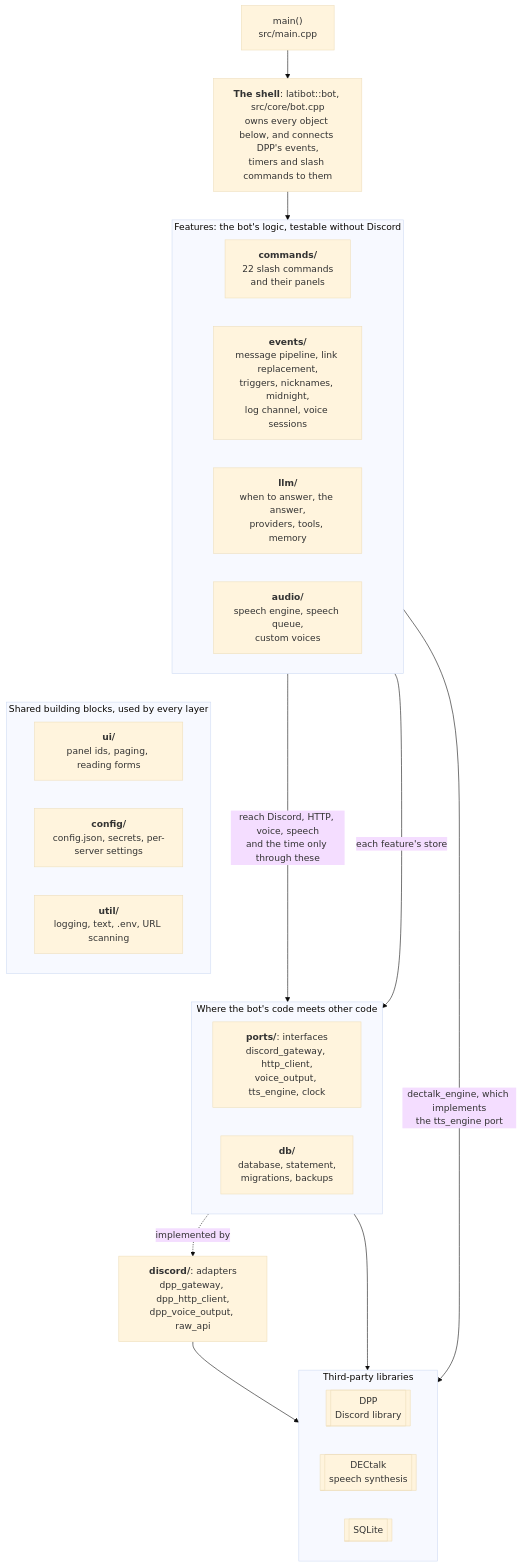
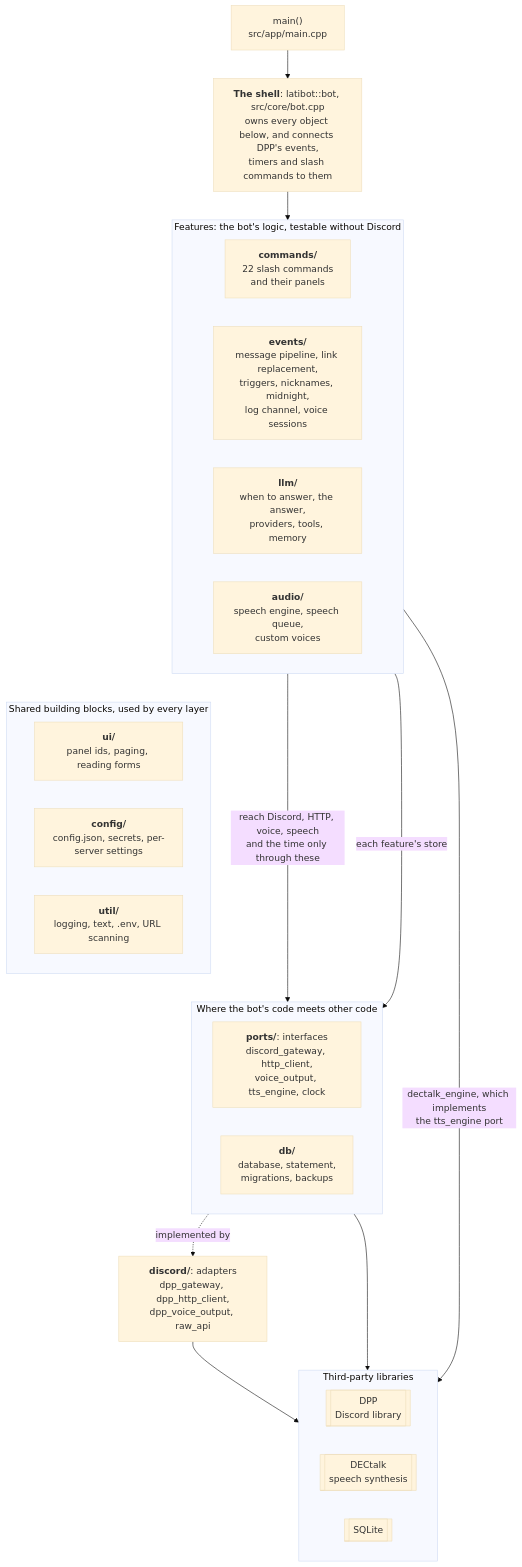
The second of 4 diagrams in docs/architecture/Components.md (mhorn00/LatiBot-cpp), drawn with Mermaid (base theme) before and after one commit. The commit also changed other lines of this file and 34 other files, not shown here.

````diff
--- a/docs/architecture/Components.md
+++ b/docs/architecture/Components.md
@@ -59,46 +60,46 @@
 ```mermaid
 flowchart TB
-    main["main()<br/>src/main.cpp"]
+    main["main()<br/>src/app/main.cpp"]
     shell["<b>The shell</b>: latibot::bot, src/core/bot.cpp<br/>owns every object below, and connects DPP's events,<br/>timers and slash commands to them"]
 
     subgraph features["Features: the bot's logic, testable without Discord"]
         direction LR
         commands["<b>commands/</b><br/>22 slash commands<br/>and their panels"]
         events["<b>events/</b><br/>message pipeline, link replacement,<br/>triggers, nicknames, midnight,<br/>log channel, voice sessions"]
         llm["<b>llm/</b><br/>when to answer, the answer,<br/>providers, tools, memory"]
         audio["<b>audio/</b><br/>speech engine, speech queue,<br/>custom voices"]
     end
 
     subgraph shared["Shared building blocks, used by every layer"]
         direction LR
         ui["<b>ui/</b><br/>panel ids, paging, reading forms"]
         config["<b>config/</b><br/>config.json, secrets, per-server settings"]
         util["<b>util/</b><br/>logging, text, .env, URL scanning"]
     end
 
     subgraph edges["Where the bot's code meets other code"]
         direction LR
         ports["<b>ports/</b>: interfaces<br/>discord_gateway, http_client,<br/>voice_output, tts_engine, clock"]
         dbw["<b>db/</b><br/>database, statement,<br/>migrations, backups"]
     end
 
     adapters["<b>discord/</b>: adapters<br/>dpp_gateway, dpp_http_client,<br/>dpp_voice_output, raw_api"]
 
     subgraph third["Third-party libraries"]
         direction LR
         dpp[["DPP<br/>Discord library"]]
         dectalk[["DECtalk<br/>speech synthesis"]]
         sqlite[["SQLite"]]
     end
 
     main --> shell
     shell --> features
     features ~~~ shared
     shared ~~~ edges
     features -- "reach Discord, HTTP, voice, speech<br/>and the time only through these" --> ports
     features -- "each feature's store" --> dbw
     ports -. "implemented by" .-> adapters
     adapters --> dpp
     audio -- "dectalk_engine, which implements<br/>the tts_engine port" --> dectalk
     dbw --> sqlite
 ```
````
